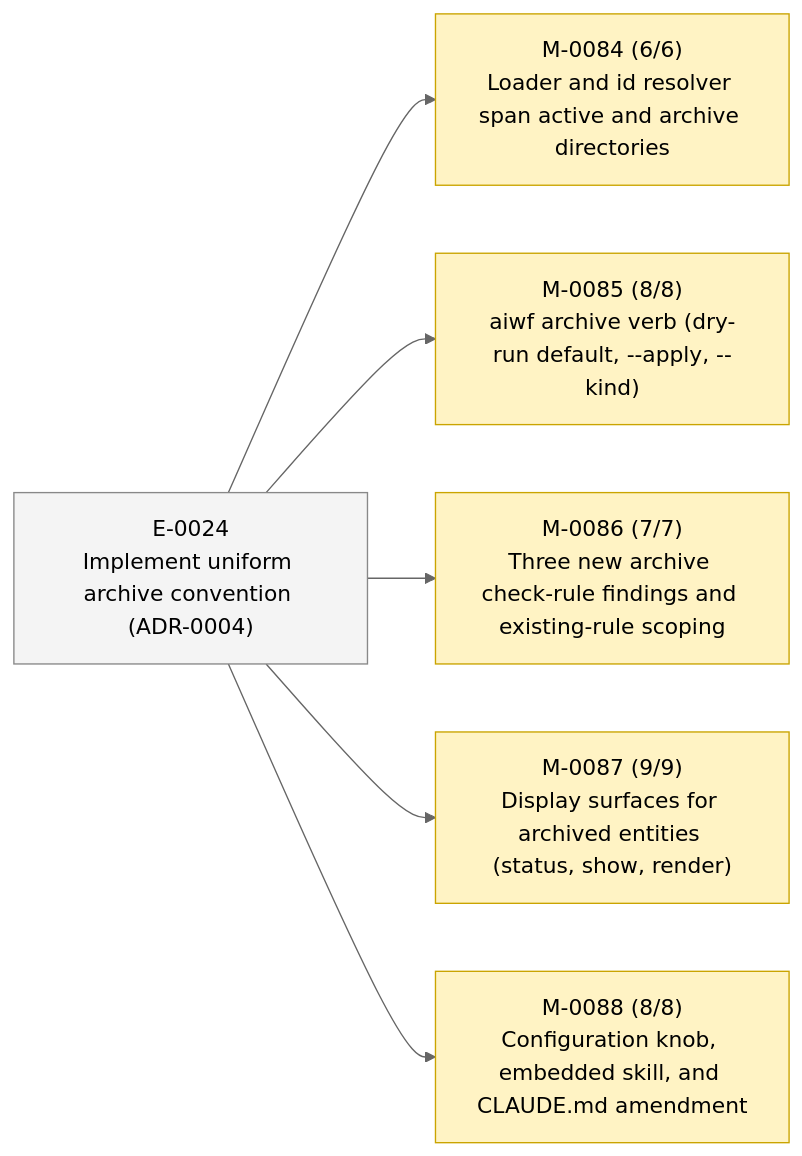
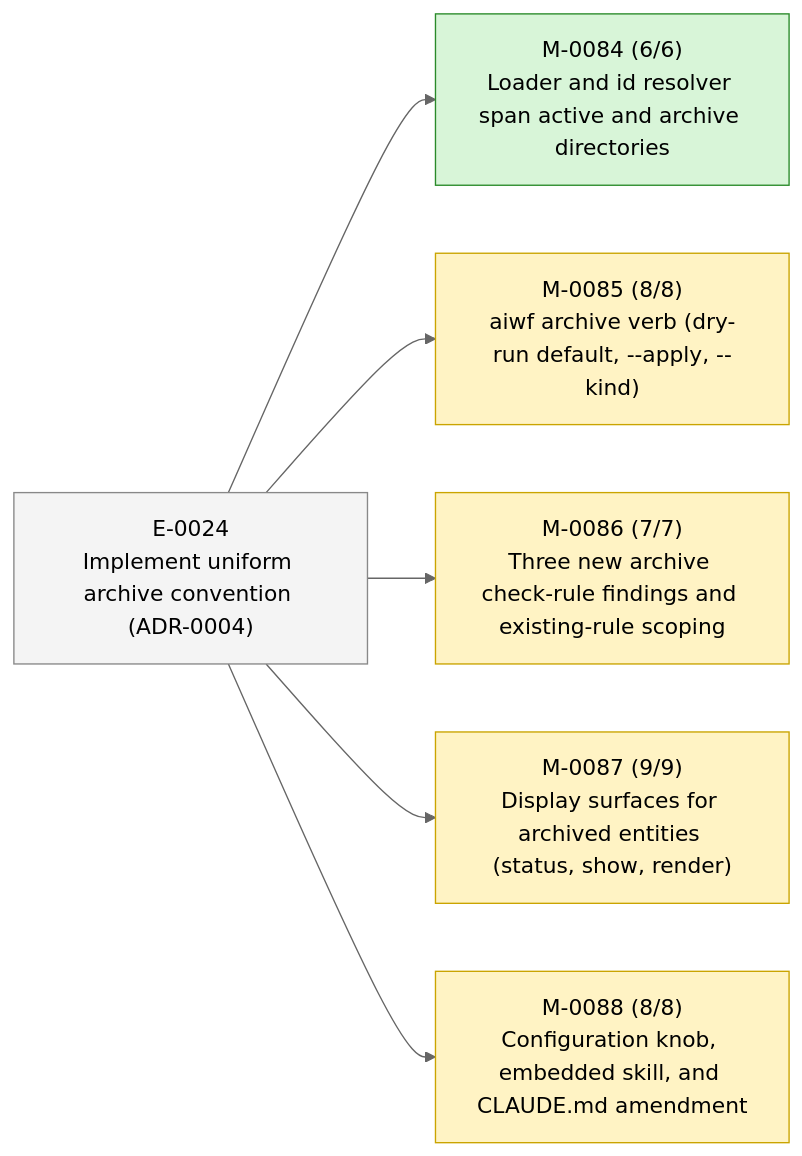
Before and after one commit to 23min/aiwf: the second of 2 diagrams in STATUS.md, drawn with Mermaid (neutral theme). The commit also changed other lines of this file and 1 other file, not shown here.

First line of the commit message:
aiwf promote M-0084 in_progress -> done

````diff
--- a/STATUS.md
+++ b/STATUS.md
@@ -49,20 +49,20 @@
 ```mermaid
 flowchart LR
   E_0024["E-0024<br/>Implement uniform archive convention (ADR-0004)"]:::epic_proposed
-  M_0084["M-0084 (6/6)<br/>Loader and id resolver span active and archive directories"]:::ms_in_progress
+  M_0084["M-0084 (6/6)<br/>Loader and id resolver span active and archive directories"]:::ms_done
   E_0024 --> M_0084
   M_0085["M-0085 (8/8)<br/>aiwf archive verb (dry-run default, --apply, --kind)"]:::ms_in_progress
   E_0024 --> M_0085
   M_0086["M-0086 (7/7)<br/>Three new archive check-rule findings and existing-rule scoping"]:::ms_in_progress
   E_0024 --> M_0086
   M_0087["M-0087 (9/9)<br/>Display surfaces for archived entities (status, show, render)"]:::ms_in_progress
   E_0024 --> M_0087
   M_0088["M-0088 (8/8)<br/>Configuration knob, embedded skill, and CLAUDE.md amendment"]:::ms_in_progress
   E_0024 --> M_0088
   classDef epic_active fill:#d6eaff,stroke:#1a73e8,color:#000
   classDef epic_proposed fill:#f4f4f4,stroke:#888,color:#000
   classDef ms_done fill:#d8f5d8,stroke:#2a8a2a,color:#000
   classDef ms_in_progress fill:#fff3c4,stroke:#caa400,color:#000
   classDef ms_draft fill:#f4f4f4,stroke:#888,color:#000
   classDef ms_cancelled fill:#fbeaea,stroke:#c33,color:#000
 ```
````
